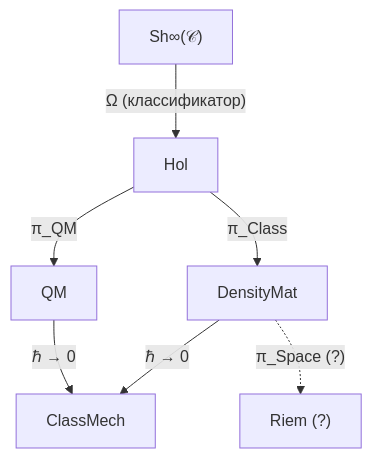
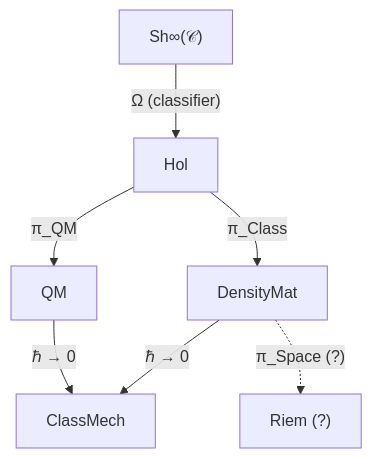
Before and after one commit to gst-st/uhm: the diagram in website/docs/physics/quantum-mechanics/qm-reduction.md, drawn with Mermaid. The commit also changed other lines of this file and 39 other files, not shown here.

````diff
--- a/website/docs/physics/quantum-mechanics/qm-reduction.md
+++ b/website/docs/physics/quantum-mechanics/qm-reduction.md
@@ -245,9 +245,9 @@
 ```mermaid
 graph TD
-    Sh["Sh∞(𝒞)"] -->|"Ω (классификатор)"| Hol["Hol"]
+    Sh["Sh∞(𝒞)"] -->|"Ω (classifier)"| Hol["Hol"]
     Hol -->|"π_QM"| QM["QM"]
     Hol -->|"π_Class"| DM["DensityMat"]
     QM -->|"ℏ → 0"| CM["ClassMech"]
     DM -->|"ℏ → 0"| CM
     DM -.->|"π_Space (?)"| Riem["Riem (?)"]
 ```
````
